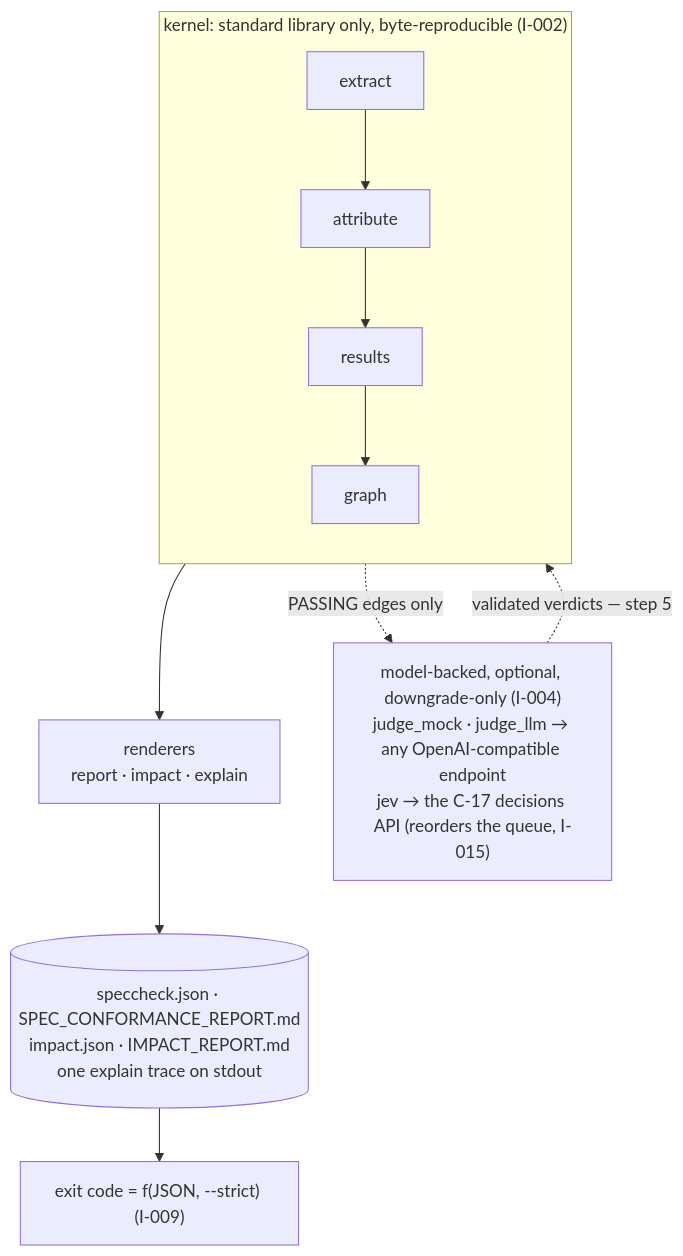
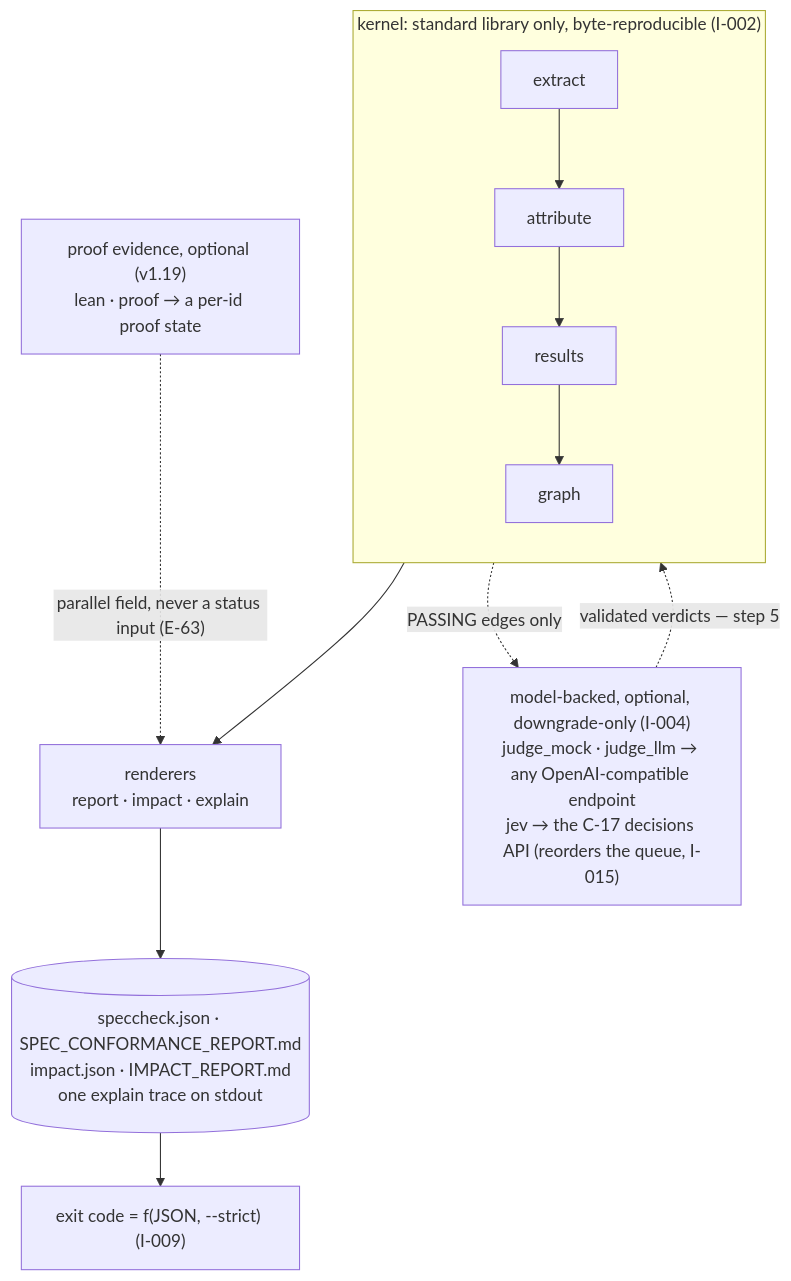
The first of 12 diagrams in ARCHITECTURE.md (rioffe/speccheck), drawn with Mermaid before and after one commit. The commit also changed other lines of this file and 4 other files, not shown here.

First line of the commit message:
docs(architecture): bring ARCHITECTURE.md to v1.23.1

````diff
--- a/ARCHITECTURE.md
+++ b/ARCHITECTURE.md
@@ -36,12 +41,13 @@
 ```mermaid
 flowchart TB
     subgraph K["kernel: standard library only, byte-reproducible (I-002)"]
         direction TB
         E[extract] --> A[attribute] --> R[results] --> G[graph]
     end
     G --> RP["renderers<br/>report · impact · explain"]
     G -. "PASSING edges only" .-> J["model-backed, optional, downgrade-only (I-004)<br/>judge_mock · judge_llm → any OpenAI-compatible endpoint<br/>jev → the C-17 decisions API (reorders the queue, I-015)"]
     J -. "validated verdicts — step 5" .-> G
+    PF["proof evidence, optional (v1.19)<br/>lean · proof → a per-id proof state"] -. "parallel field, never a status input (E-63)" .-> RP
     RP --> OUT[("speccheck.json · SPEC_CONFORMANCE_REPORT.md<br/>impact.json · IMPACT_REPORT.md<br/>one explain trace on stdout")]
     OUT --> X["exit code = f(JSON, --strict) (I-009)"]
 ```
````
